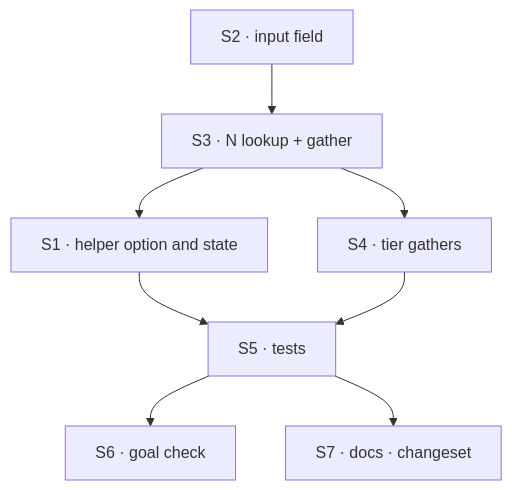
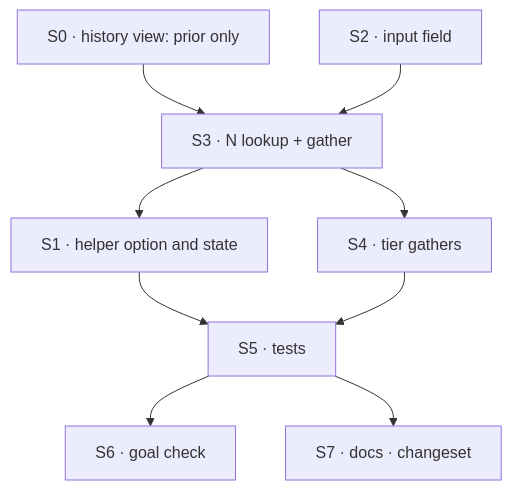
The diagram in specs/issues/FIX-1595/PLAN.md (fixpoint-labs/flow-state-dev), drawn with Mermaid before and after one commit. The commit also changed other lines of this file and 5 other files, not shown here.

First line of the commit message:
spec(FIX-1595): review round 1 — prior-only history option, turns not exchanges, keep catalog re-read

````diff
--- a/specs/issues/FIX-1595/PLAN.md
+++ b/specs/issues/FIX-1595/PLAN.md
@@ -24,10 +26,11 @@
 ```mermaid
 flowchart TD
+  S0["S0 · history view: prior only"] --> S3
   S2["S2 · input field"] --> S3["S3 · N lookup + gather"]
   S3 --> S1["S1 · helper option and state"]
   S3 --> S4["S4 · tier gathers"]
   S1 --> S5["S5 · tests"]
   S4 --> S5
   S5 --> S6["S6 · goal check"]
   S5 --> S7["S7 · docs · changeset"]
 ```
````
